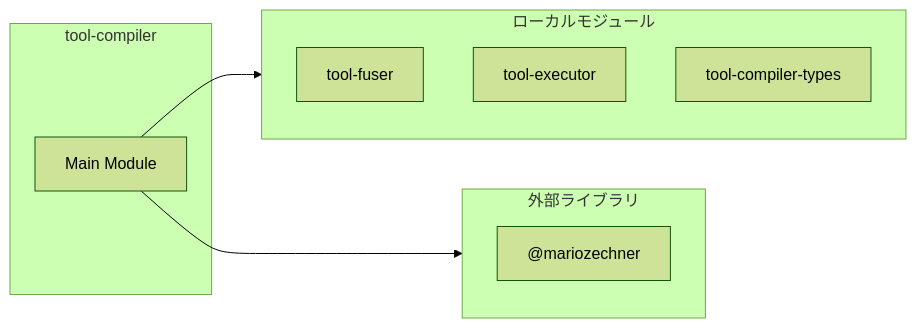
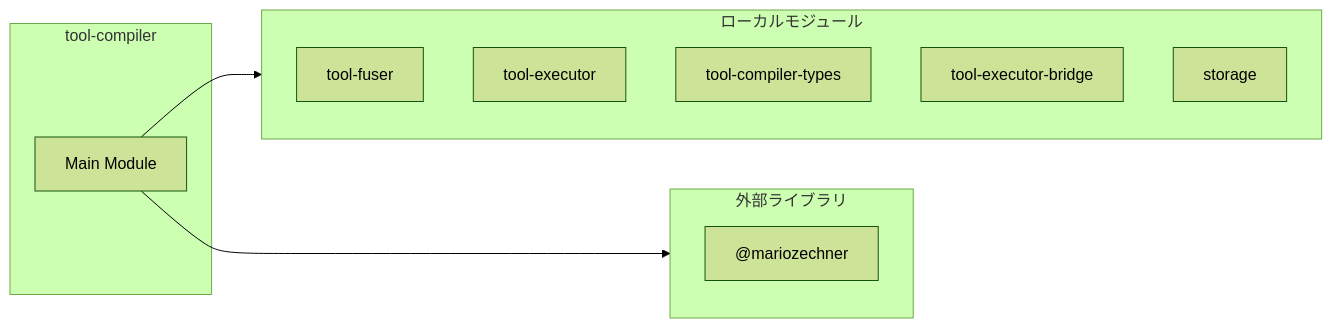
The fourth of 6 diagrams in ABDD/.pi/extensions/tool-compiler.md (Mekann2904/mekann), drawn with Mermaid (forest theme) before and after one commit. The commit also changed other lines of this file and 189 other files, not shown here.

````diff
--- a/ABDD/.pi/extensions/tool-compiler.md
+++ b/ABDD/.pi/extensions/tool-compiler.md
@@ -122,17 +245,19 @@
 ```mermaid
 flowchart LR
   subgraph this[tool-compiler]
     main[Main Module]
   end
   subgraph local[ローカルモジュール]
     tool_fuser["tool-fuser"]
     tool_executor["tool-executor"]
     tool_compiler_types["tool-compiler-types"]
+    tool_executor_bridge["tool-executor-bridge"]
+    storage["storage"]
   end
   main --> local
   subgraph external[外部ライブラリ]
     _mariozechner["@mariozechner"]
     _mariozechner["@mariozechner"]
   end
   main --> external
 ```
````
